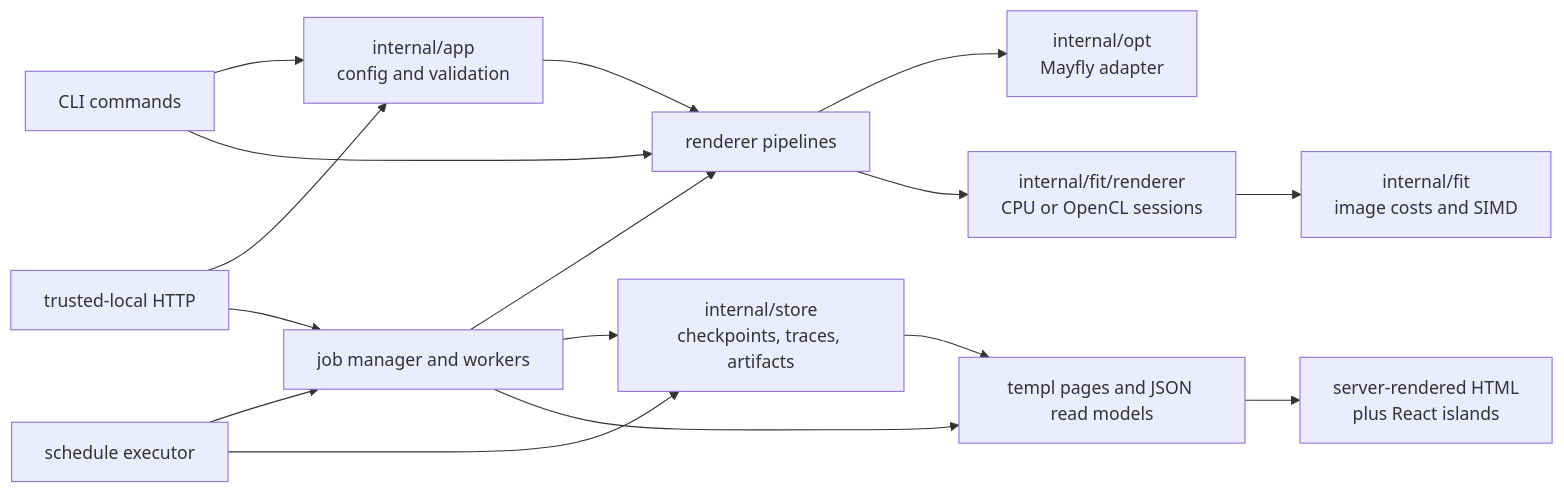
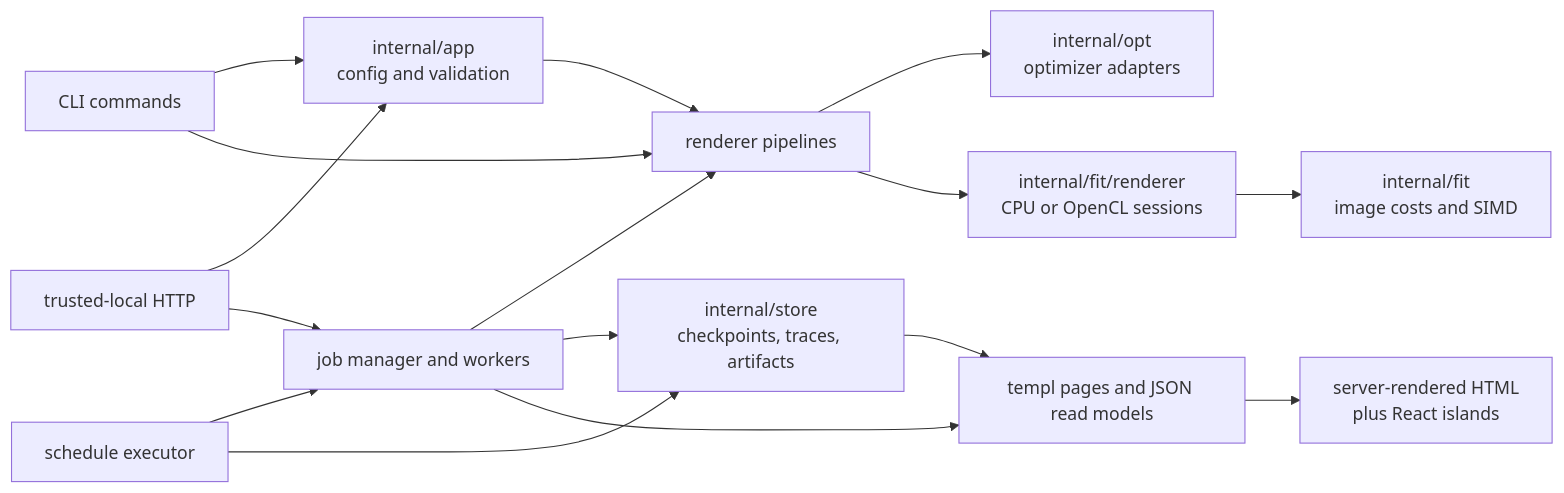
Before and after one commit to CWBudde/MayFlyCircleFit: the diagram in docs/architecture.md, drawn with Mermaid. The commit also changed other lines of this file and 22 other files, not shown here.

````diff
--- a/docs/architecture.md
+++ b/docs/architecture.md
@@ -16,18 +16,18 @@
 ```mermaid
 flowchart LR
     CLI[CLI commands] --> APP[internal/app<br/>config and validation]
     HTTP[trusted-local HTTP] --> APP
     SCHED[schedule executor] --> JOBS[job manager and workers]
     HTTP --> JOBS
     CLI --> PIPE[renderer pipelines]
     JOBS --> PIPE
     APP --> PIPE
-    PIPE --> OPT[internal/opt<br/>Mayfly adapter]
+    PIPE --> OPT[internal/opt<br/>optimizer adapters]
     PIPE --> RENDER[internal/fit/renderer<br/>CPU or OpenCL sessions]
     RENDER --> COST[internal/fit<br/>image costs and SIMD]
     JOBS --> STORE[internal/store<br/>checkpoints, traces, artifacts]
     SCHED --> STORE
     STORE --> VIEWS[templ pages and JSON read models]
     JOBS --> VIEWS
     VIEWS --> BROWSER[server-rendered HTML<br/>plus React islands]
 ```
````
